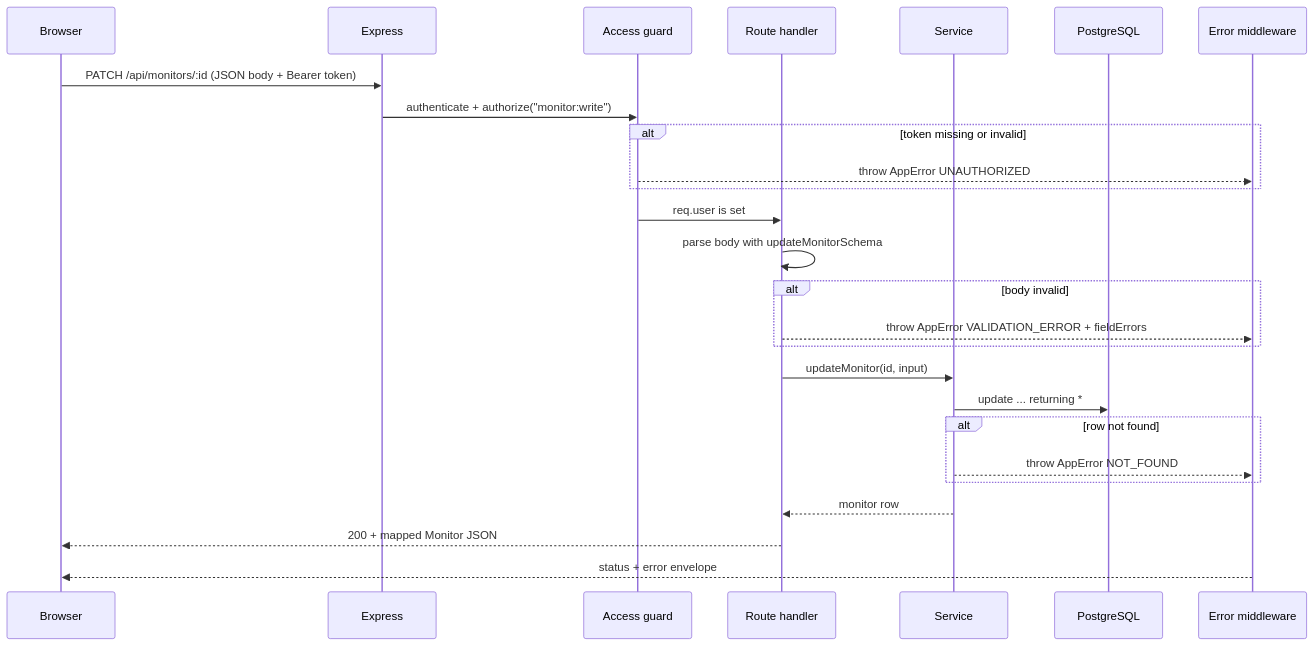
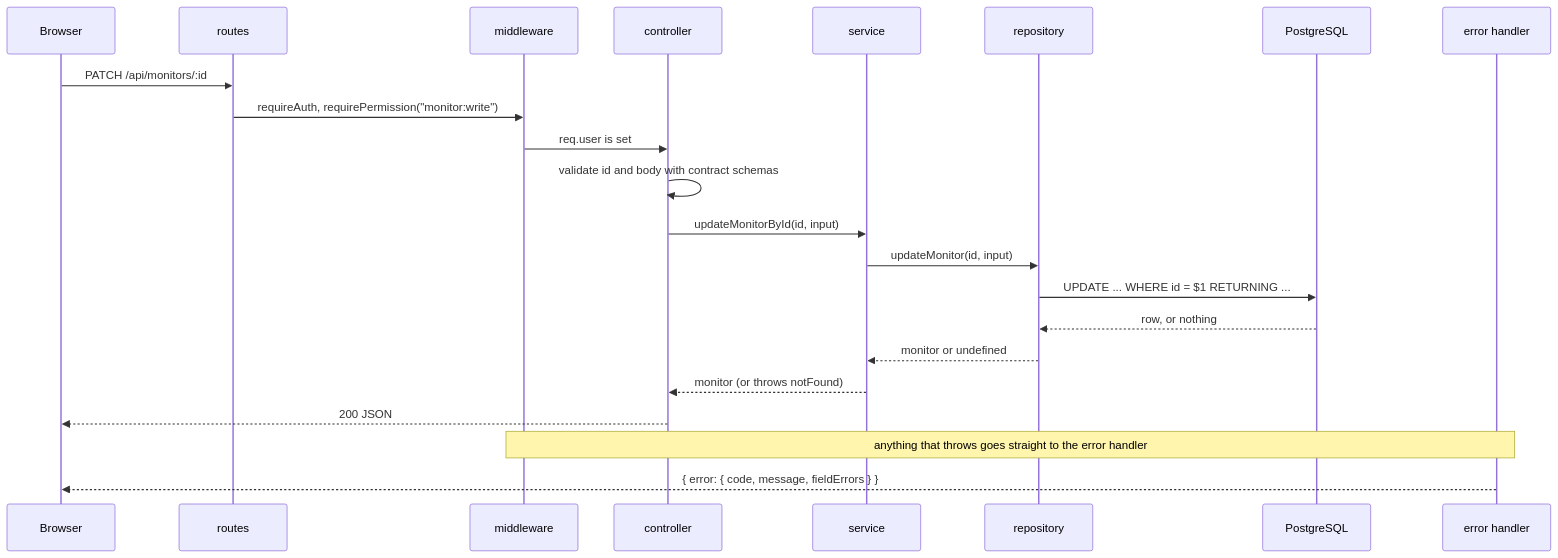
One commit to MohammadRaiyyan/pulse changed the second of 2 diagrams in docs/backend-guide.md. Above: the diagram before and after it, drawn with Mermaid. The commit also changed other lines of this file and 115 other files, not shown here.

````diff
--- a/docs/backend-guide.md
+++ b/docs/backend-guide.md
@@ -446,29 +144,25 @@
 ```mermaid
 sequenceDiagram
   participant B as Browser
-  participant E as Express
-  participant G as Access guard
-  participant H as Route handler
-  participant S as Service
+  participant R as routes
+  participant M as middleware
+  participant C as controller
+  participant S as service
+  participant RP as repository
   participant DB as PostgreSQL
-  participant EH as Error middleware
+  participant E as error handler
 
-  B->>E: PATCH /api/monitors/:id (JSON body + Bearer token)
-  E->>G: authenticate + authorize("monitor:write")
-  alt token missing or invalid
-    G-->>EH: throw AppError UNAUTHORIZED
-  end
-  G->>H: req.user is set
-  H->>H: parse body with updateMonitorSchema
-  alt body invalid
-    H-->>EH: throw AppError VALIDATION_ERROR + fieldErrors
-  end
-  H->>S: updateMonitor(id, input)
-  S->>DB: update ... returning *
-  alt row not found
-    S-->>EH: throw AppError NOT_FOUND
-  end
-  S-->>H: monitor row
-  H-->>B: 200 + mapped Monitor JSON
-  EH-->>B: status + error envelope
+  B->>R: PATCH /api/monitors/:id
+  R->>M: requireAuth, requirePermission("monitor:write")
+  M->>C: req.user is set
+  C->>C: validate id and body with contract schemas
+  C->>S: updateMonitorById(id, input)
+  S->>RP: updateMonitor(id, input)
+  RP->>DB: UPDATE ... WHERE id = $1 RETURNING ...
+  DB-->>RP: row, or nothing
+  RP-->>S: monitor or undefined
+  S-->>C: monitor (or throws notFound)
+  C-->>B: 200 JSON
+  Note over M,E: anything that throws goes straight to the error handler
+  E-->>B: { error: { code, message, fieldErrors } }
 ```
````
